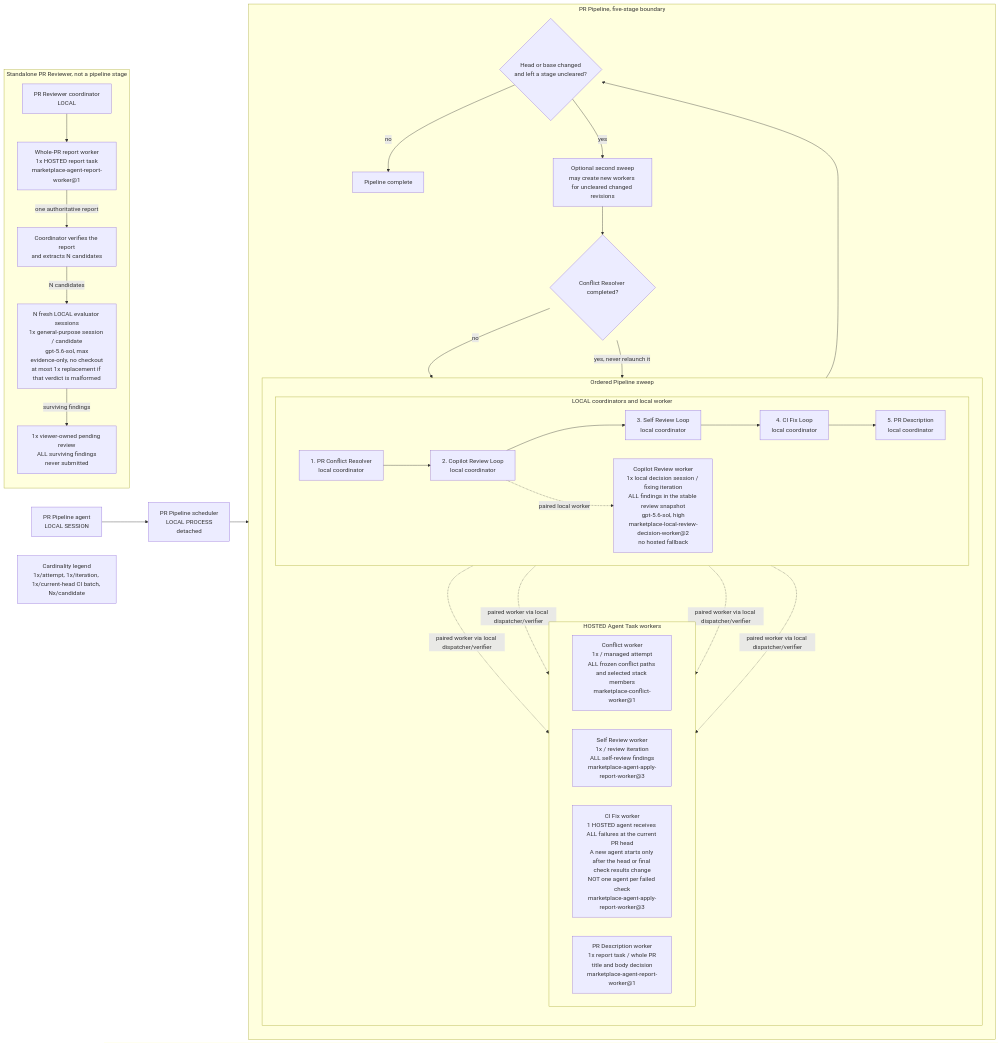
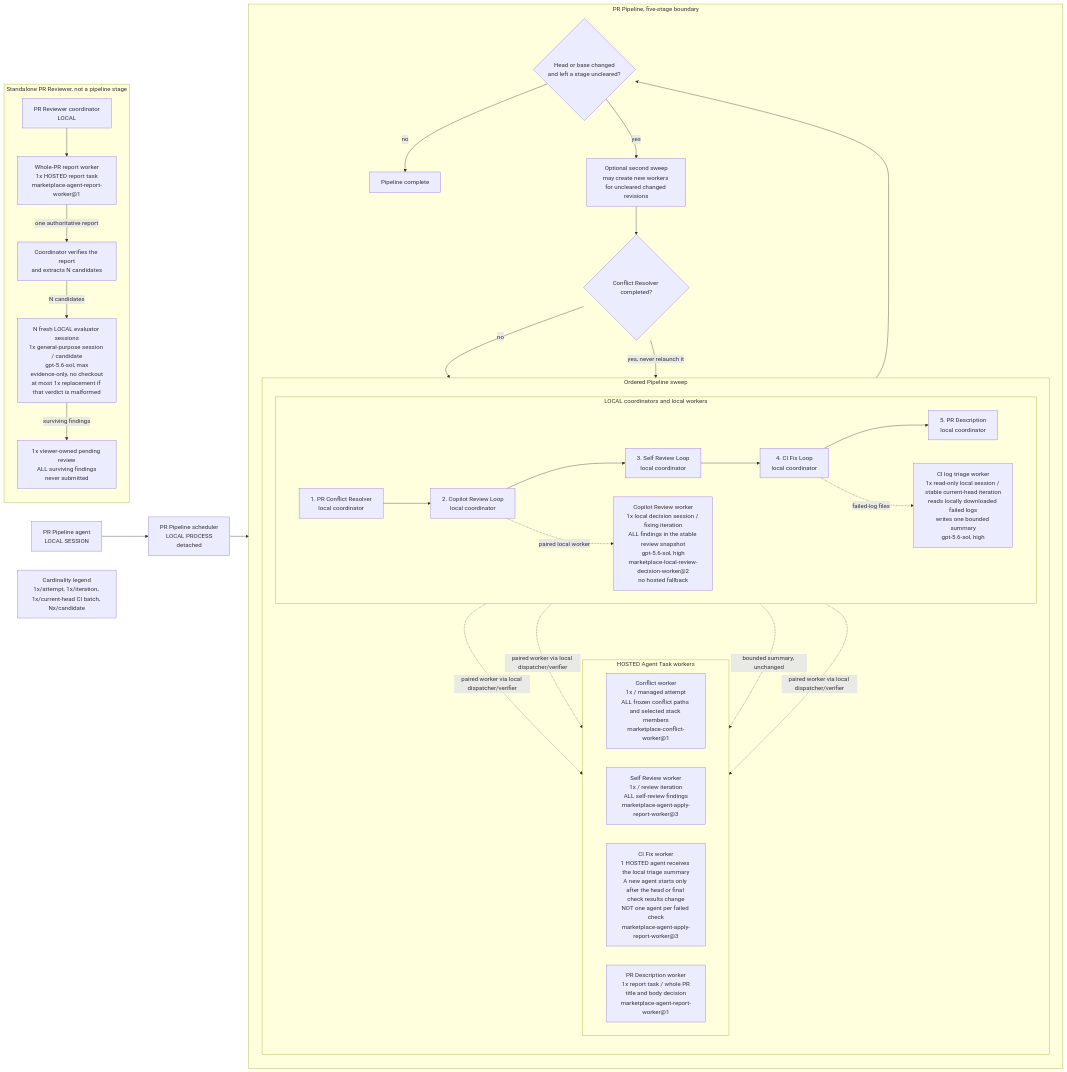
Before and after one commit to trask/copilot-plugins: the diagram in plugins/pr-pipeline/README.md, drawn with Mermaid. The commit also changed other lines of this file and 5 other files, not shown here.

````diff
--- a/plugins/pr-pipeline/README.md
+++ b/plugins/pr-pipeline/README.md
@@ -5,65 +5,67 @@
 ```mermaid
 flowchart LR
     pipelineAgent["PR Pipeline agent<br/>LOCAL SESSION"]
     scheduler["PR Pipeline scheduler<br/>LOCAL PROCESS<br/>detached"]
     pipelineAgent --> scheduler
 
     subgraph pipeline["PR Pipeline, five-stage boundary"]
         direction TB
 
         subgraph sweep["Ordered Pipeline sweep"]
             direction TB
 
-            subgraph local["LOCAL coordinators and local worker"]
+            subgraph local["LOCAL coordinators and local workers"]
                 direction LR
                 conflict["1. PR Conflict Resolver<br/>local coordinator"]
                 copilotReview["2. Copilot Review Loop<br/>local coordinator"]
                 selfReview["3. Self Review Loop<br/>local coordinator"]
                 ciFix["4. CI Fix Loop<br/>local coordinator"]
                 description["5. PR Description<br/>local coordinator"]
                 reviewWorker["Copilot Review worker<br/>1x local decision session / fixing iteration<br/>ALL findings in the stable review snapshot<br/>gpt-5.6-sol, high<br/>marketplace-local-review-decision-worker@2<br/>no hosted fallback"]
+                ciTriage["CI log triage worker<br/>1x read-only local session / stable current-head iteration<br/>reads locally downloaded failed logs<br/>writes one bounded summary<br/>gpt-5.6-sol, high"]
 
                 conflict --> copilotReview --> selfReview --> ciFix --> description
                 copilotReview -. "paired local worker" .-> reviewWorker
+                ciFix -. "failed-log files" .-> ciTriage
             end
 
             subgraph hosted["HOSTED Agent Task workers"]
                 direction LR
                 conflictWorker["Conflict worker<br/>1x / managed attempt<br/>ALL frozen conflict paths and selected stack members<br/>marketplace-conflict-worker@1"]
                 selfReviewWorker["Self Review worker<br/>1x / review iteration<br/>ALL self-review findings<br/>marketplace-agent-apply-report-worker@3"]
-                ciWorker["CI Fix worker<br/>1 HOSTED agent receives ALL failures at the current PR head<br/>A new agent starts only after the head or final check results change<br/>NOT one agent per failed check<br/>marketplace-agent-apply-report-worker@3"]
+                ciWorker["CI Fix worker<br/>1 HOSTED agent receives the local triage summary<br/>A new agent starts only after the head or final check results change<br/>NOT one agent per failed check<br/>marketplace-agent-apply-report-worker@3"]
                 descriptionWorker["PR Description worker<br/>1x report task / whole PR<br/>title and body decision<br/>marketplace-agent-report-worker@1"]
             end
 
             conflict -. "paired worker via local dispatcher/verifier" .-> conflictWorker
             selfReview -. "paired worker via local dispatcher/verifier" .-> selfReviewWorker
-            ciFix -. "paired worker via local dispatcher/verifier" .-> ciWorker
+            ciTriage -. "bounded summary, unchanged" .-> ciWorker
             description -. "paired worker via local dispatcher/verifier" .-> descriptionWorker
         end
 
         revision{"Head or base changed<br/>and left a stage uncleared?"}
         description --> revision
         revision -->|"no"| done["Pipeline complete"]
         revision -->|"yes"| second["Optional second sweep<br/>may create new workers for uncleared changed revisions"]
         second --> conflictComplete{"Conflict Resolver completed?"}
         conflictComplete -->|"no"| conflict
         conflictComplete -->|"yes, never relaunch it"| copilotReview
     end
 
     subgraph reviewer["Standalone PR Reviewer, not a pipeline stage"]
         direction TB
         reviewerCoordinator["PR Reviewer coordinator<br/>LOCAL"]
         reviewerWorker["Whole-PR report worker<br/>1x HOSTED report task<br/>marketplace-agent-report-worker@1"]
         candidates["Coordinator verifies the report<br/>and extracts N candidates"]
         evaluators["N fresh LOCAL evaluator sessions<br/>1x general-purpose session / candidate<br/>gpt-5.6-sol, max<br/>evidence-only, no checkout<br/>at most 1x replacement if that verdict is malformed"]
         pendingReview["1x viewer-owned pending review<br/>ALL surviving findings<br/>never submitted"]
 
         reviewerCoordinator --> reviewerWorker
         reviewerWorker -->|"one authoritative report"| candidates
         candidates -->|"N candidates"| evaluators
         evaluators -->|"surviving findings"| pendingReview
     end
 
     scheduler --> conflict
     legend["Cardinality legend<br/>1x/attempt, 1x/iteration, 1x/current-head CI batch, Nx/candidate"]
 ```
````
